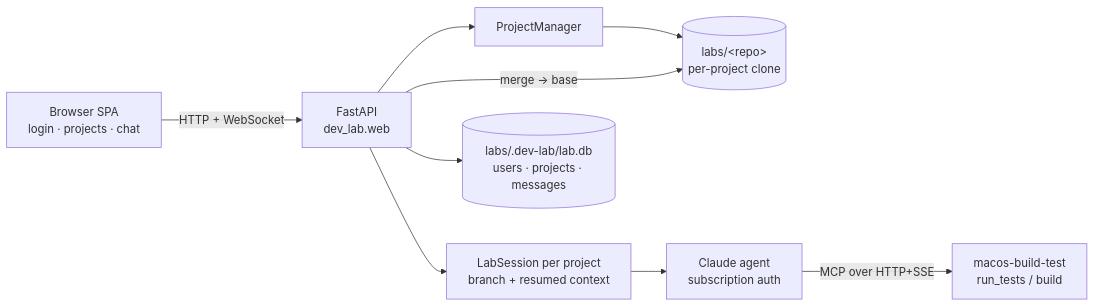
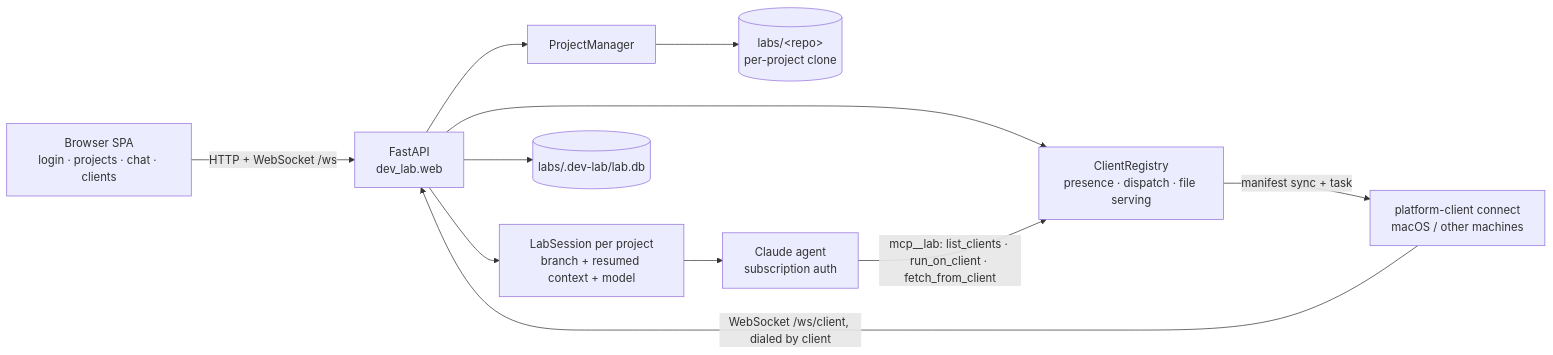
The diagram in HANDOFF.md (epatel/claude-agent-team), drawn with Mermaid before and after one commit. The commit also changed other lines of this file, not shown here.

First line of the commit message:
Update HANDOFF for the session: M6 platform clients, model selection, docs

````diff
--- a/HANDOFF.md
+++ b/HANDOFF.md
@@ -28,11 +32,13 @@
 ```mermaid
 flowchart LR
-    B[Browser SPA<br/>login · projects · chat] -->|HTTP + WebSocket| WEB[FastAPI<br/>dev_lab.web]
+    B[Browser SPA<br/>login · projects · chat · clients] -->|HTTP + WebSocket /ws| WEB[FastAPI<br/>dev_lab.web]
+    PC[platform-client connect<br/>macOS / other machines] -->|WebSocket /ws/client, dialed by client| WEB
+    WEB --> REG[ClientRegistry<br/>presence · dispatch · file serving]
     WEB --> PM[ProjectManager]
     PM --> P[(labs/&lt;repo&gt;<br/>per-project clone)]
-    WEB --> S[LabSession per project<br/>branch + resumed context]
+    WEB --> S[LabSession per project<br/>branch + resumed context + model]
     S --> AG[Claude agent<br/>subscription auth]
-    AG -->|MCP over HTTP+SSE| EXT[macos-build-test<br/>run_tests / build]
-    WEB --> DB[(labs/.dev-lab/lab.db<br/>users · projects · messages)]
-    WEB -->|merge → base| P
+    AG -->|mcp__lab: list_clients · run_on_client · fetch_from_client| REG
+    REG -->|manifest sync + task| PC
+    WEB --> DB[(labs/.dev-lab/lab.db)]
 ```
````
